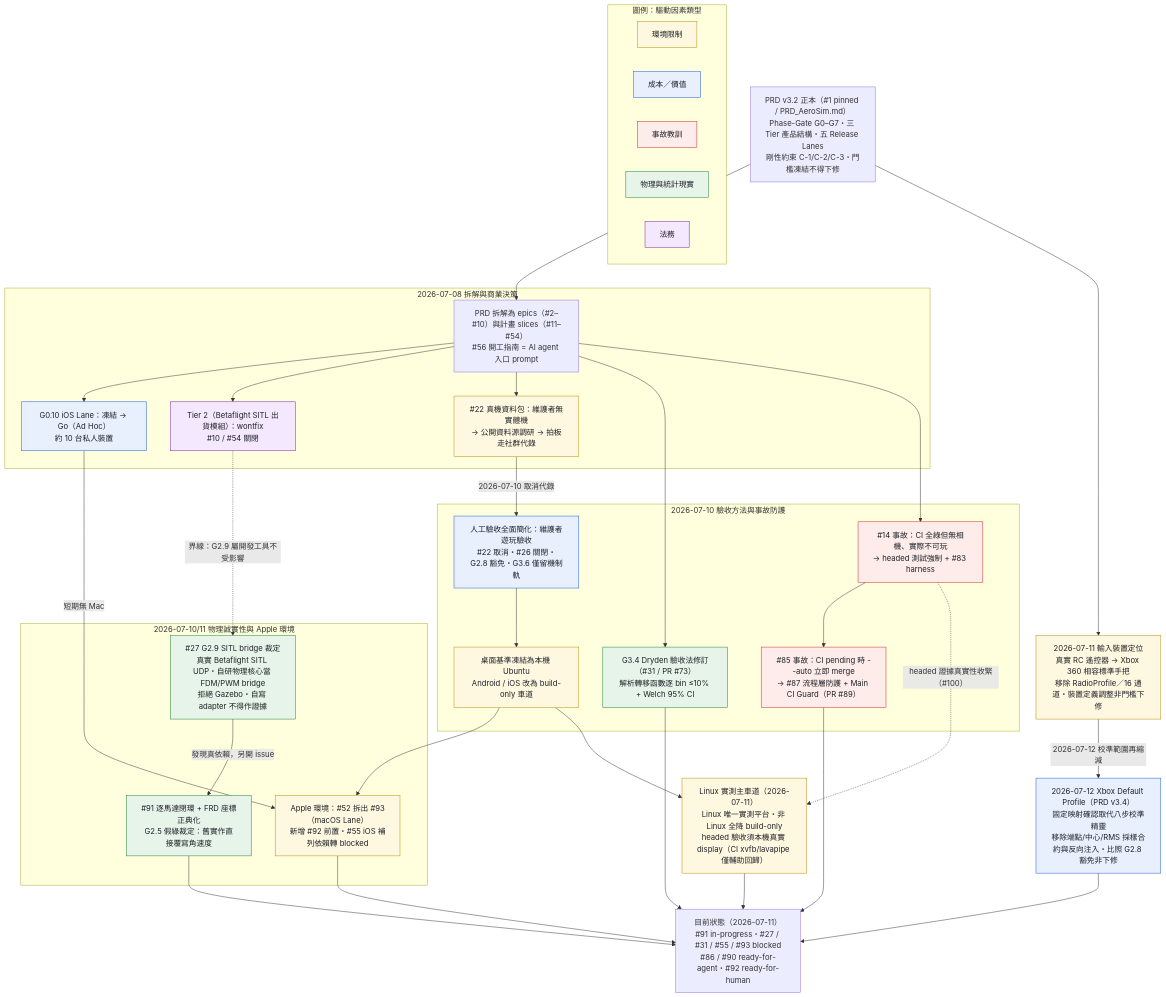
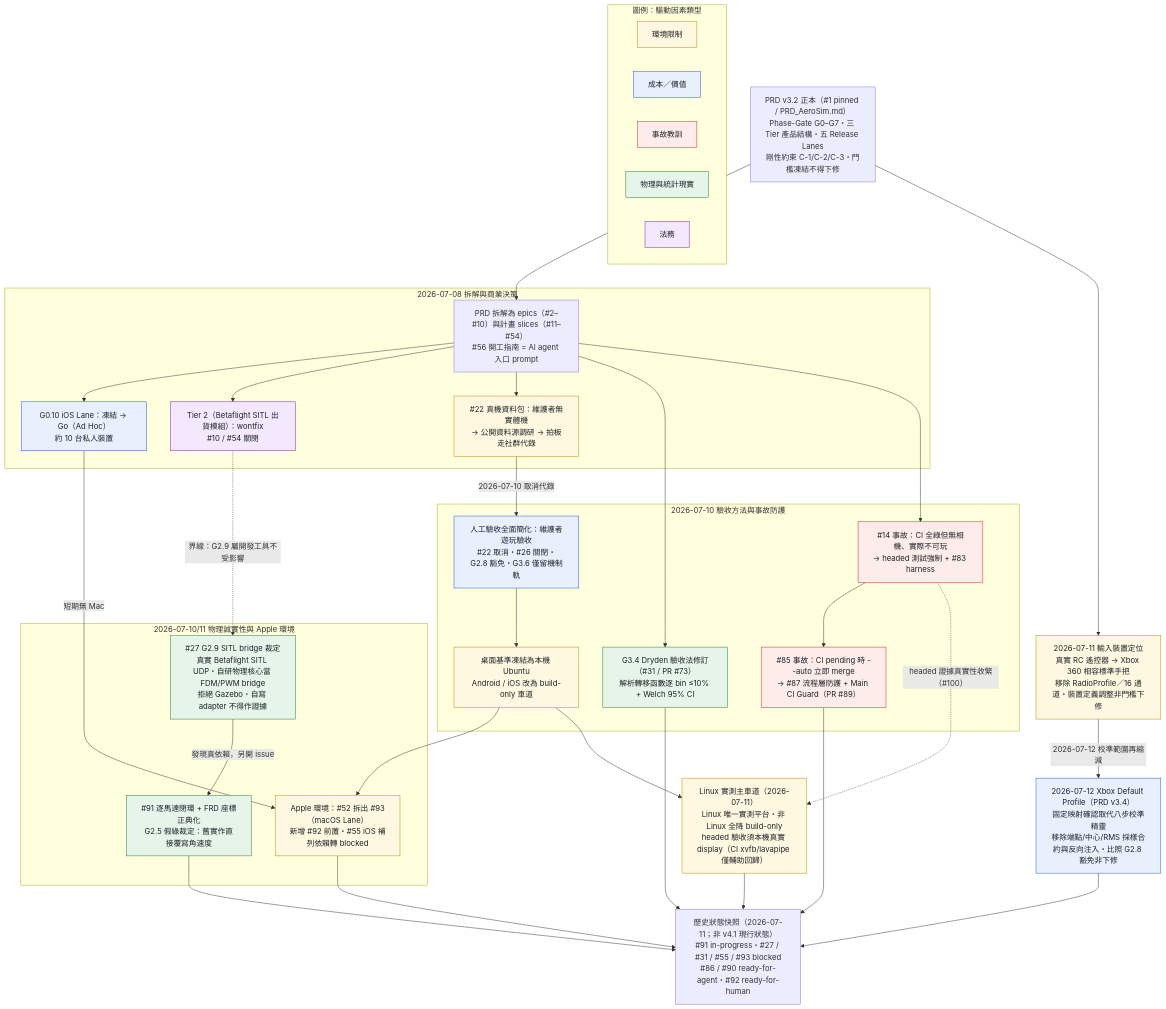
One commit to KarlSideProjects/AeroSim changed the first of 2 diagrams in docs/development-decision-flow.md. Above: the diagram before and after it, drawn with Mermaid. The commit also changed other lines of this file and 3 other files, not shown here.

````diff
--- a/docs/development-decision-flow.md
+++ b/docs/development-decision-flow.md
@@ -16,75 +16,75 @@
 ```mermaid
 flowchart TD
     PRD["PRD v3.2 正本（#1 pinned / PRD_AeroSim.md）<br/>Phase-Gate G0–G7・三 Tier 產品結構・五 Release Lanes<br/>剛性約束 C-1/C-2/C-3・門檻凍結不得下修"]
 
     subgraph D1["2026-07-08 拆解與商業決策"]
         SPLIT["PRD 拆解為 epics（#2–#10）與計畫 slices（#11–#54）<br/>#56 開工指南 = AI agent 入口 prompt"]
         IOS["G0.10 iOS Lane：凍結 → Go（Ad Hoc）<br/>約 10 台私人裝置"]
         T2["Tier 2（Betaflight SITL 出貨模組）：wontfix<br/>#10 / #54 關閉"]
         DATA1["#22 真機資料包：維護者無實體機<br/>→ 公開資料源調研 → 拍板走社群代錄"]
     end
 
     subgraph D2["2026-07-10 驗收方法與事故防護"]
         G34["G3.4 Dryden 驗收法修訂（#31 / PR #73）<br/>解析轉移函數逐 bin ≤10% + Welch 95% CI"]
         SIMP["人工驗收全面簡化：維護者遊玩驗收<br/>#22 取消・#26 關閉・G2.8 豁免・G3.6 僅留機制軌"]
         LANES["桌面基準凍結為本機 Ubuntu<br/>Android / iOS 改為 build-only 車道"]
         I14["#14 事故：CI 全綠但無相機、實際不可玩<br/>→ headed 測試強制 + #83 harness"]
         I87["#85 事故：CI pending 時 --auto 立即 merge<br/>→ #87 流程層防護 + Main CI Guard（PR #89）"]
     end
 
     subgraph D3["2026-07-10/11 物理誠實性與 Apple 環境"]
         SITL["#27 G2.9 SITL bridge 裁定<br/>真實 Betaflight SITL UDP・自研物理核心當 FDM/PWM bridge<br/>拒絕 Gazebo・自寫 adapter 不得作證據"]
         M91["#91 逐馬達閉環 + FRD 座標正典化<br/>G2.5 假綠裁定：舊實作直接覆寫角速度"]
         APPLE["Apple 環境：#52 拆出 #93（macOS Lane）<br/>新增 #92 前置・#55 iOS 補列依賴轉 blocked"]
     end
 
     LINPRI["Linux 實測主車道（2026-07-11）<br/>Linux 唯一實測平台・非 Linux 全降 build-only<br/>headed 驗收須本機真實 display（CI xvfb/lavapipe 僅輔助回歸）"]
     GAMEPAD["2026-07-11 輸入裝置定位<br/>真實 RC 遙控器 → Xbox 360 相容標準手把<br/>移除 RadioProfile／16 通道・裝置定義調整非門檻下修"]
     XBOXDEF["2026-07-12 Xbox Default Profile（PRD v3.4）<br/>固定映射確認取代八步校準精靈<br/>移除端點/中心/RMS 採樣合約與反向注入・比照 G2.8 豁免非下修"]
 
-    NOW["目前狀態（2026-07-11）<br/>#91 in-progress・#27 / #31 / #55 / #93 blocked<br/>#86 / #90 ready-for-agent・#92 ready-for-human"]
+    NOW["歷史狀態快照（2026-07-11；非 v4.1 現行狀態）<br/>#91 in-progress・#27 / #31 / #55 / #93 blocked<br/>#86 / #90 ready-for-agent・#92 ready-for-human"]
 
     PRD --> SPLIT
     SPLIT --> IOS
     SPLIT --> T2
     SPLIT --> DATA1
     DATA1 -->|"2026-07-10 取消代錄"| SIMP
     SIMP --> LANES
     SPLIT --> G34
     SPLIT --> I14
     I14 --> I87
     T2 -.->|"界線：G2.9 屬開發工具不受影響"| SITL
     SITL -->|"發現真依賴，另開 issue"| M91
     IOS -->|"短期無 Mac"| APPLE
     LANES --> APPLE
     LANES --> LINPRI
     I14 -.->|"headed 證據真實性收緊（#100）"| LINPRI
     LINPRI --> NOW
     M91 --> NOW
     APPLE --> NOW
     G34 --> NOW
     I87 --> NOW
     PRD --> GAMEPAD
     GAMEPAD -->|"2026-07-12 校準範圍再縮減"| XBOXDEF
     XBOXDEF --> NOW
 
     classDef env fill:#fff8e1,stroke:#b58900,color:#1f2328
     classDef cost fill:#e8f0fe,stroke:#1a56db,color:#1f2328
     classDef incident fill:#fdecea,stroke:#c62828,color:#1f2328
     classDef physics fill:#e6f4ea,stroke:#1e7e34,color:#1f2328
     classDef legal fill:#f3e8fd,stroke:#7b1fa2,color:#1f2328
 
     class DATA1,LANES,APPLE,LINPRI,GAMEPAD env
     class IOS,SIMP,XBOXDEF cost
     class I14,I87 incident
     class G34,M91,SITL physics
     class T2 legal
 
     subgraph LEGEND["圖例：驅動因素類型"]
         L1["環境限制"]:::env
         L2["成本／價值"]:::cost
         L3["事故教訓"]:::incident
         L4["物理與統計現實"]:::physics
         L5["法務"]:::legal
     end
 ```
````
